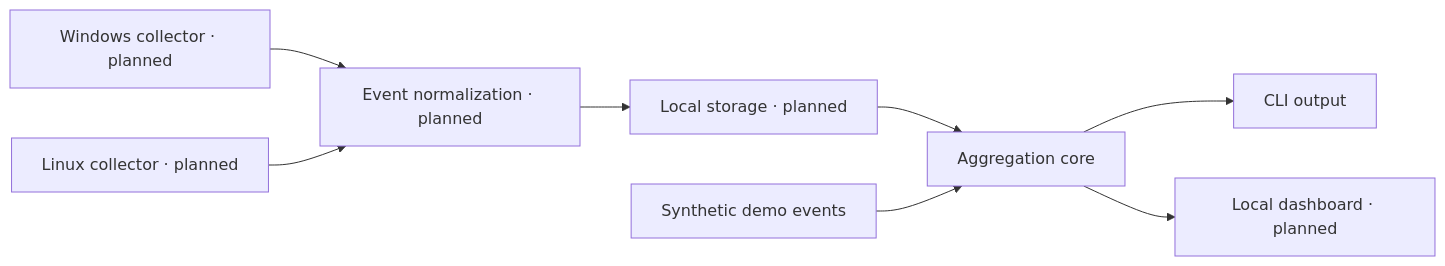
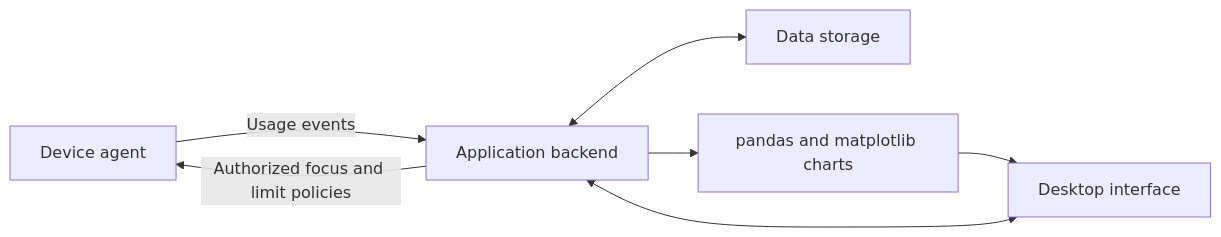
Before and after one commit to muhh190106/app-monitoramento-linux: the diagram in docs/architecture.md, drawn with Mermaid. The commit also changed other lines of this file and 10 other files, not shown here.

````diff
--- a/docs/architecture.md
+++ b/docs/architecture.md
@@ -5,10 +7,9 @@
 ```mermaid
 flowchart LR
-    W[Windows collector · planned] --> N[Event normalization · planned]
-    L[Linux collector · planned] --> N
-    N --> S[Local storage · planned]
-    S --> A[Aggregation core]
-    D[Synthetic demo events] --> A
-    A --> C[CLI output]
-    A --> U[Local dashboard · planned]
+    A[Device agent] -->|Usage events| B[Application backend]
+    B -->|Authorized focus and limit policies| A
+    B <--> D[Data storage]
+    U[Desktop interface] <--> B
+    B --> C[pandas and matplotlib charts]
+    C --> U
 ```
````
